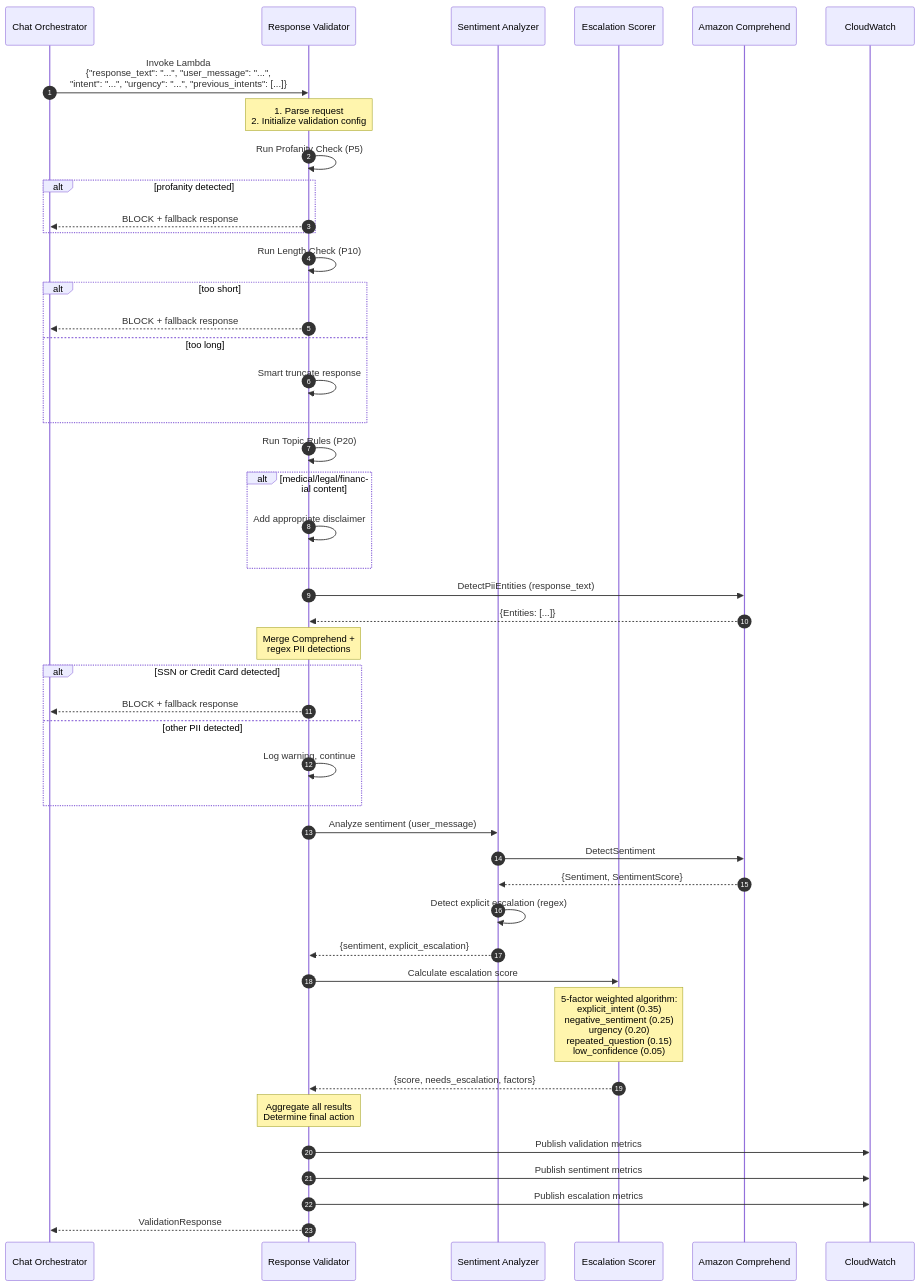
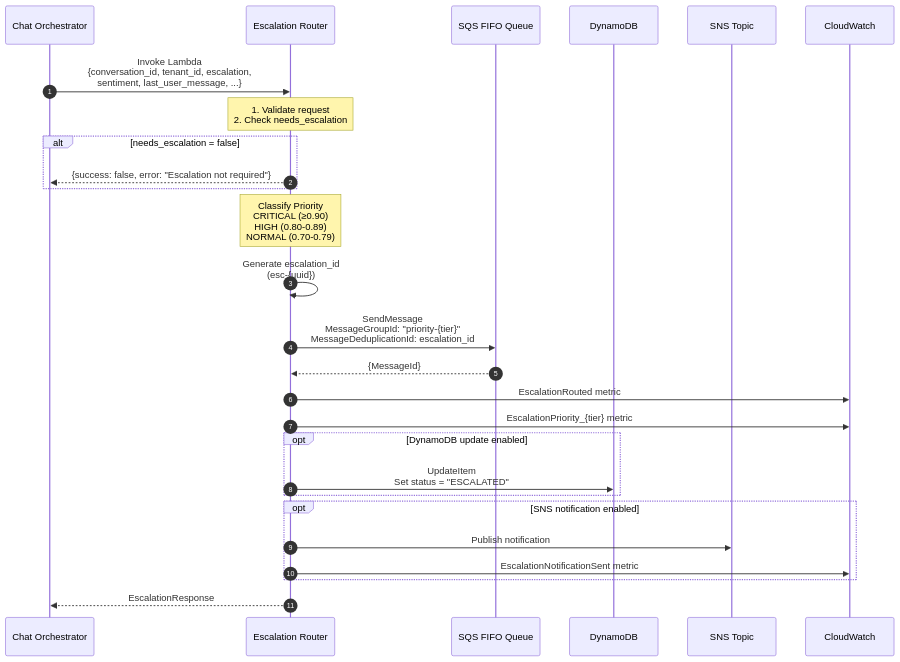
The second of 4 diagrams in docs/architecture/data-flow.md (jujubear24/ai-customer-service-bot), drawn with Mermaid before and after one commit. The commit also changed other lines of this file and 3 other files, not shown here.

First line of the commit message:
docs: update documentation for Phase 3.3 Escalation Router

````diff
--- a/docs/architecture/data-flow.md
+++ b/docs/architecture/data-flow.md
@@ -171,63 +84,39 @@
 ```mermaid
 sequenceDiagram
     autonumber
     participant CO as Chat Orchestrator
-    participant RV as Response Validator
-    participant SA as Sentiment Analyzer
-    participant ES as Escalation Scorer
-    participant CP as Amazon Comprehend
+    participant ER as Escalation Router
+    participant SQS as SQS FIFO Queue
+    participant DDB as DynamoDB
+    participant SNS as SNS Topic
     participant CW as CloudWatch
 
-    CO->>RV: Invoke Lambda<br/>{"response_text": "...", "user_message": "...",<br/>"intent": "...", "urgency": "...", "previous_intents": [...]}
+    CO->>ER: Invoke Lambda<br/>{conversation_id, tenant_id, escalation,<br/>sentiment, last_user_message, ...}
 
-    Note over RV: 1. Parse request<br/>2. Initialize validation config
+    Note over ER: 1. Validate request<br/>2. Check needs_escalation
 
-    RV->>RV: Run Profanity Check (P5)
-
-    alt profanity detected
-        RV-->>CO: BLOCK + fallback response
+    alt needs_escalation = false
+        ER-->>CO: {success: false, error: "Escalation not required"}
     end
 
-    RV->>RV: Run Length Check (P10)
+    Note over ER: Classify Priority<br/>CRITICAL (≥0.90)<br/>HIGH (0.80-0.89)<br/>NORMAL (0.70-0.79)
 
-    alt too short
-        RV-->>CO: BLOCK + fallback response
-    else too long
-        RV->>RV: Smart truncate response
+    ER->>ER: Generate escalation_id<br/>(esc-{uuid})
+
+    ER->>SQS: SendMessage<br/>MessageGroupId: "priority-{tier}"<br/>MessageDeduplicationId: escalation_id
+    SQS-->>ER: {MessageId}
+
+    ER->>CW: EscalationRouted metric
+    ER->>CW: EscalationPriority_{tier} metric
+
+    opt DynamoDB update enabled
+        ER->>DDB: UpdateItem<br/>Set status = "ESCALATED"
     end
 
-    RV->>RV: Run Topic Rules (P20)
-
-    alt medical/legal/financial content
-        RV->>RV: Add appropriate disclaimer
+    opt SNS notification enabled
+        ER->>SNS: Publish notification
+        ER->>CW: EscalationNotificationSent metric
     end
 
-    RV->>CP: DetectPiiEntities (response_text)
-    CP-->>RV: {Entities: [...]}
-
-    Note over RV: Merge Comprehend +<br/>regex PII detections
-
-    alt SSN or Credit Card detected
-        RV-->>CO: BLOCK + fallback response
-    else other PII detected
-        RV->>RV: Log warning, continue
-    end
-
-    RV->>SA: Analyze sentiment (user_message)
-    SA->>CP: DetectSentiment
-    CP-->>SA: {Sentiment, SentimentScore}
-    SA->>SA: Detect explicit escalation (regex)
-    SA-->>RV: {sentiment, explicit_escalation}
-
-    RV->>ES: Calculate escalation score
-    Note over ES: 5-factor weighted algorithm:<br/>explicit_intent (0.35)<br/>negative_sentiment (0.25)<br/>urgency (0.20)<br/>repeated_question (0.15)<br/>low_confidence (0.05)
-    ES-->>RV: {score, needs_escalation, factors}
-
-    Note over RV: Aggregate all results<br/>Determine final action
-
-    RV->>CW: Publish validation metrics
-    RV->>CW: Publish sentiment metrics
-    RV->>CW: Publish escalation metrics
-
-    RV-->>CO: ValidationResponse
+    ER-->>CO: EscalationResponse
 ```
````
